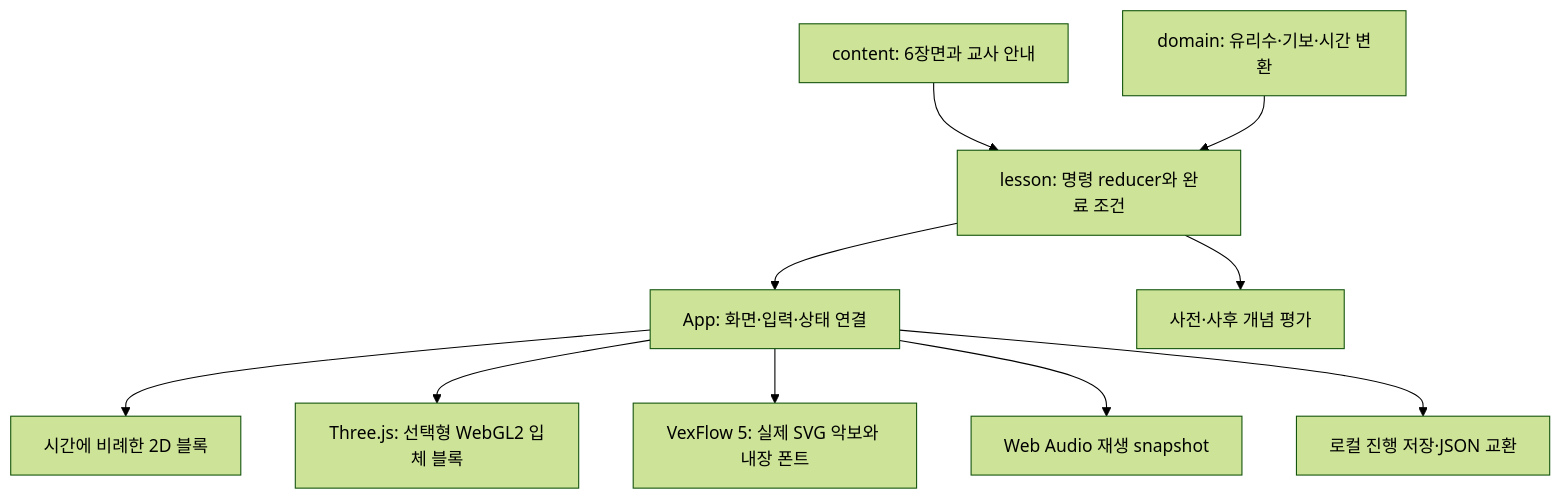
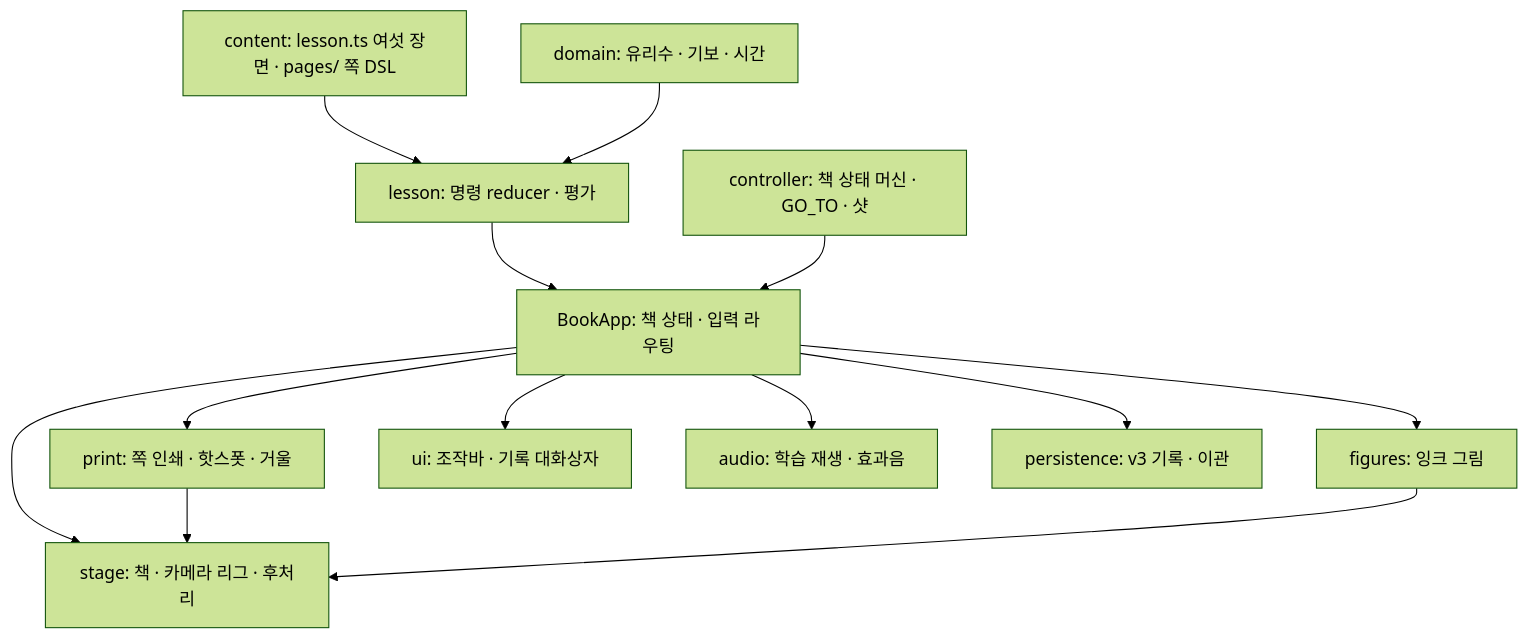
The diagram in docs/ARCHITECTURE.md (kimyounggaur/Music_Rudiment_3D), drawn with Mermaid (forest theme) before and after one commit. The commit also changed other lines of this file and 90 other files, not shown here.

````diff
--- a/docs/ARCHITECTURE.md
+++ b/docs/ARCHITECTURE.md
@@ -5,12 +5,15 @@
 ```mermaid
 flowchart TD
-  Content[content: 6장면과 교사 안내] --> Controller[lesson: 명령 reducer와 완료 조건]
-  Domain[domain: 유리수·기보·시간 변환] --> Controller
-  Controller --> App[App: 화면·입력·상태 연결]
-  Controller --> Assessment[사전·사후 개념 평가]
-  App --> D2[시간에 비례한 2D 블록]
-  App --> D3[Three.js: 선택형 WebGL2 입체 블록]
-  App --> Score[VexFlow 5: 실제 SVG 악보와 내장 폰트]
-  App --> Audio[Web Audio 재생 snapshot]
-  App --> Storage[로컬 진행 저장·JSON 교환]
+  Content[content: lesson.ts 여섯 장면 · pages/ 쪽 DSL] --> Lesson[lesson: 명령 reducer · 평가]
+  Domain[domain: 유리수 · 기보 · 시간] --> Lesson
+  Lesson --> App[BookApp: 책 상태 · 입력 라우팅]
+  Controller[controller: 책 상태 머신 · GO_TO · 샷] --> App
+  App --> Print[print: 쪽 인쇄 · 핫스폿 · 거울]
+  App --> Stage[stage: 책 · 카메라 리그 · 후처리]
+  App --> Figures[figures: 잉크 그림]
+  App --> UI[ui: 조작바 · 기록 대화상자]
+  App --> Audio[audio: 학습 재생 · 효과음]
+  App --> Store[persistence: v3 기록 · 이관]
+  Print --> Stage
+  Figures --> Stage
 ```
````
